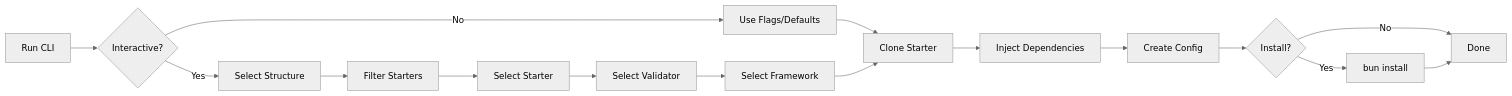
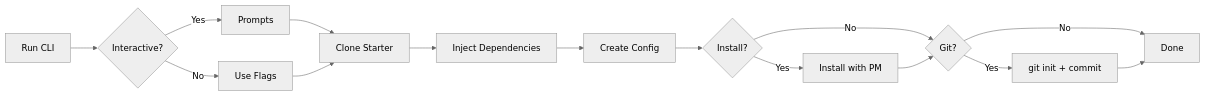
Before and after one commit to Cosmneo/onion-lasagna: the first of 3 diagrams in packages/create-onion-lasagna-app/README.md, drawn with Mermaid (neutral theme). The commit also changed other lines of this file and 2 other files, not shown here.

First line of the commit message:
feat(create-app): add professional CLI features (Phase 1)

````diff
--- a/packages/create-onion-lasagna-app/README.md
+++ b/packages/create-onion-lasagna-app/README.md
@@ -27,18 +27,17 @@
 ```mermaid
 flowchart LR
     A[Run CLI] --> B{Interactive?}
-    B -->|Yes| C[Select Structure]
-    B -->|No| D[Use Flags/Defaults]
-    C --> E[Filter Starters]
-    E --> F[Select Starter]
-    F --> G[Select Validator]
-    G --> H[Select Framework]
-    D --> I[Clone Starter]
-    H --> I
-    I --> J[Inject Dependencies]
-    J --> K[Create Config]
-    K --> L{Install?}
-    L -->|Yes| M[bun install]
-    L -->|No| N[Done]
-    M --> N
+    B -->|Yes| C[Prompts]
+    B -->|No| D[Use Flags]
+    C --> E[Clone Starter]
+    D --> E
+    E --> F[Inject Dependencies]
+    F --> G[Create Config]
+    G --> H{Install?}
+    H -->|Yes| I[Install with PM]
+    H -->|No| J{Git?}
+    I --> J
+    J -->|Yes| K[git init + commit]
+    J -->|No| L[Done]
+    K --> L
 ```
````
